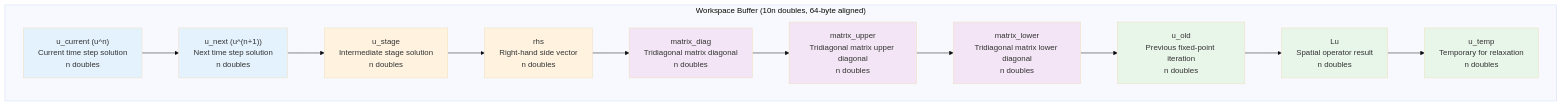
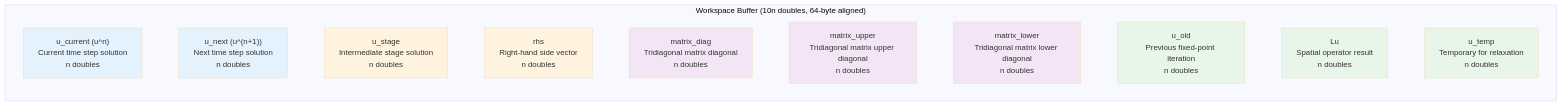
The second of 3 diagrams in docs/ARCHITECTURE.md (accelas/mango-option), drawn with Mermaid (base theme) before and after one commit.

Commit message:
Fix workspace buffer diagram to display vertically
Change graph direction from TB to TD and use invisible links (~~~)
instead of arrows to enforce proper vertical stacking of memory
buffer components.

🤖 Generated with [Claude Code](https://claude.com/claude-code)

````diff
--- a/docs/ARCHITECTURE.md
+++ b/docs/ARCHITECTURE.md
@@ -500,28 +500,28 @@
 ```mermaid
-graph TB
+graph TD
     subgraph "Workspace Buffer (10n doubles, 64-byte aligned)"
         A["u_current (u^n)<br/>Current time step solution<br/>n doubles"]
         B["u_next (u^(n+1))<br/>Next time step solution<br/>n doubles"]
         C["u_stage<br/>Intermediate stage solution<br/>n doubles"]
         D["rhs<br/>Right-hand side vector<br/>n doubles"]
         E["matrix_diag<br/>Tridiagonal matrix diagonal<br/>n doubles"]
         F["matrix_upper<br/>Tridiagonal matrix upper diagonal<br/>n doubles"]
         G["matrix_lower<br/>Tridiagonal matrix lower diagonal<br/>n doubles"]
         H["u_old<br/>Previous fixed-point iteration<br/>n doubles"]
         I["Lu<br/>Spatial operator result<br/>n doubles"]
         J["u_temp<br/>Temporary for relaxation<br/>n doubles"]
+
+        A ~~~ B ~~~ C ~~~ D ~~~ E ~~~ F ~~~ G ~~~ H ~~~ I ~~~ J
     end
-
-    A --> B --> C --> D --> E --> F --> G --> H --> I --> J
 
     style A fill:#e3f2fd
     style B fill:#e3f2fd
     style C fill:#fff3e0
     style D fill:#fff3e0
     style E fill:#f3e5f5
     style F fill:#f3e5f5
     style G fill:#f3e5f5
     style H fill:#e8f5e9
     style I fill:#e8f5e9
     style J fill:#e8f5e9
 ```
````
